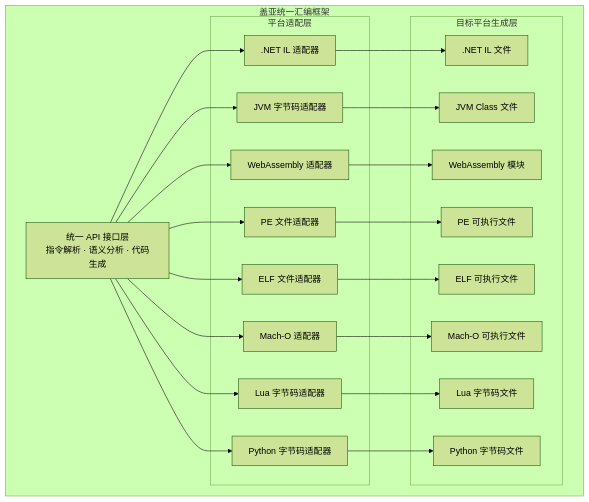
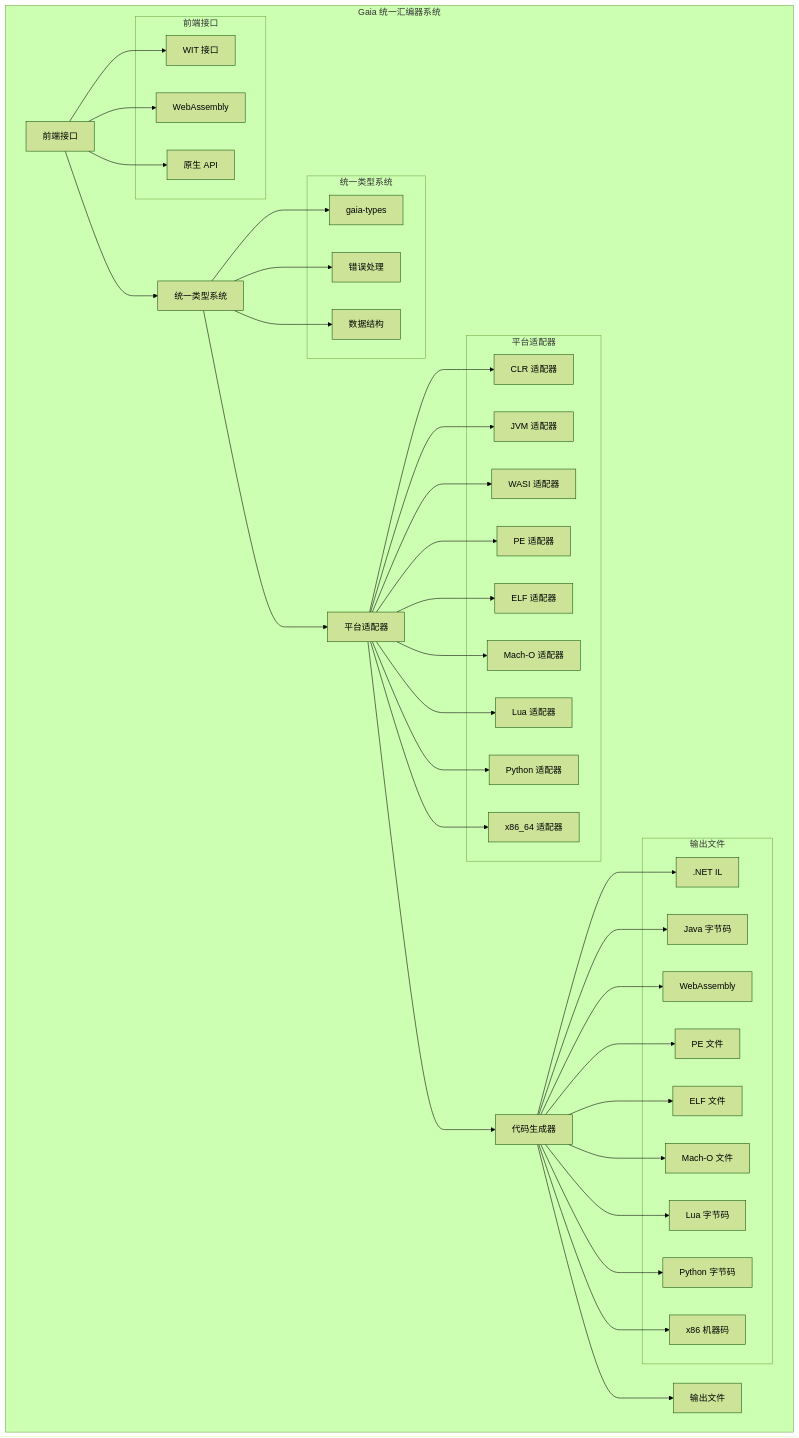
Before and after one commit to nyar-vm/project-gaia: the first of 7 diagrams in readme.md, drawn with Mermaid (forest theme). The commit also changed other lines of this file and 5 other files, not shown here.

````diff
--- a/readme.md
+++ b/readme.md
@@ -34,46 +34,70 @@
 ```mermaid
 graph TB
-    subgraph "盖亚统一汇编框架"
-        A[统一 API 接口层<br/>指令解析 · 语义分析 · 代码生成]
+    subgraph "Gaia 统一汇编器系统"
+        A[前端接口] --> B[统一类型系统]
+        B --> C[平台适配器]
+        C --> D[代码生成器]
+        D --> E[输出文件]
         
-        subgraph "平台适配层"
-            B[.NET IL 适配器]
-            C[JVM 字节码适配器]
-            D[WebAssembly 适配器]
-            E[PE 文件适配器]
-            K[ELF 文件适配器]
-            L[Mach-O 适配器]
-            M[Lua 字节码适配器]
-            N[Python 字节码适配器]
+        subgraph "前端接口"
+            F[WIT 接口]
+            G[WebAssembly]
+            H[原生 API]
         end
         
-        subgraph "目标平台生成层"
-            F[.NET IL 文件]
-            G[JVM Class 文件]
-            H[WebAssembly 模块]
-            I[PE 可执行文件]
-            O[ELF 可执行文件]
-            P[Mach-O 可执行文件]
-            Q[Lua 字节码文件]
-            R[Python 字节码文件]
+        subgraph "统一类型系统"
+            I[gaia-types]
+            J[错误处理]
+            K[数据结构]
         end
         
-        A --> B
-        A --> C
-        A --> D
-        A --> E
-        A --> K
-        A --> L
-        A --> M
-        A --> N
+        subgraph "平台适配器"
+            L[CLR 适配器]
+            M[JVM 适配器]
+            N[WASI 适配器]
+            O[PE 适配器]
+            P1[ELF 适配器]
+            Q1[Mach-O 适配器]
+            R1[Lua 适配器]
+            S1[Python 适配器]
+            T1[x86_64 适配器]
+        end
         
-        B --> F
-        C --> G
-        D --> H
-        E --> I
-        K --> O
-        L --> P
-        M --> Q
-        N --> R
+        subgraph "输出文件"
+            P[.NET IL]
+            Q[Java 字节码]
+            R[WebAssembly]
+            S[PE 文件]
+            T[ELF 文件]
+            U[Mach-O 文件]
+            V[Lua 字节码]
+            W[Python 字节码]
+            X[x86 机器码]
+        end
+        
+        A --> F
+        A --> G
+        A --> H
+        B --> I
+        B --> J
+        B --> K
+        C --> L
+        C --> M
+        C --> N
+        C --> O
+        C --> P1
+        C --> Q1
+        C --> R1
+        C --> S1
+        C --> T1
+        D --> P
+        D --> Q
+        D --> R
+        D --> S
+        D --> T
+        D --> U
+        D --> V
+        D --> W
+        D --> X
     end
 ```
````
